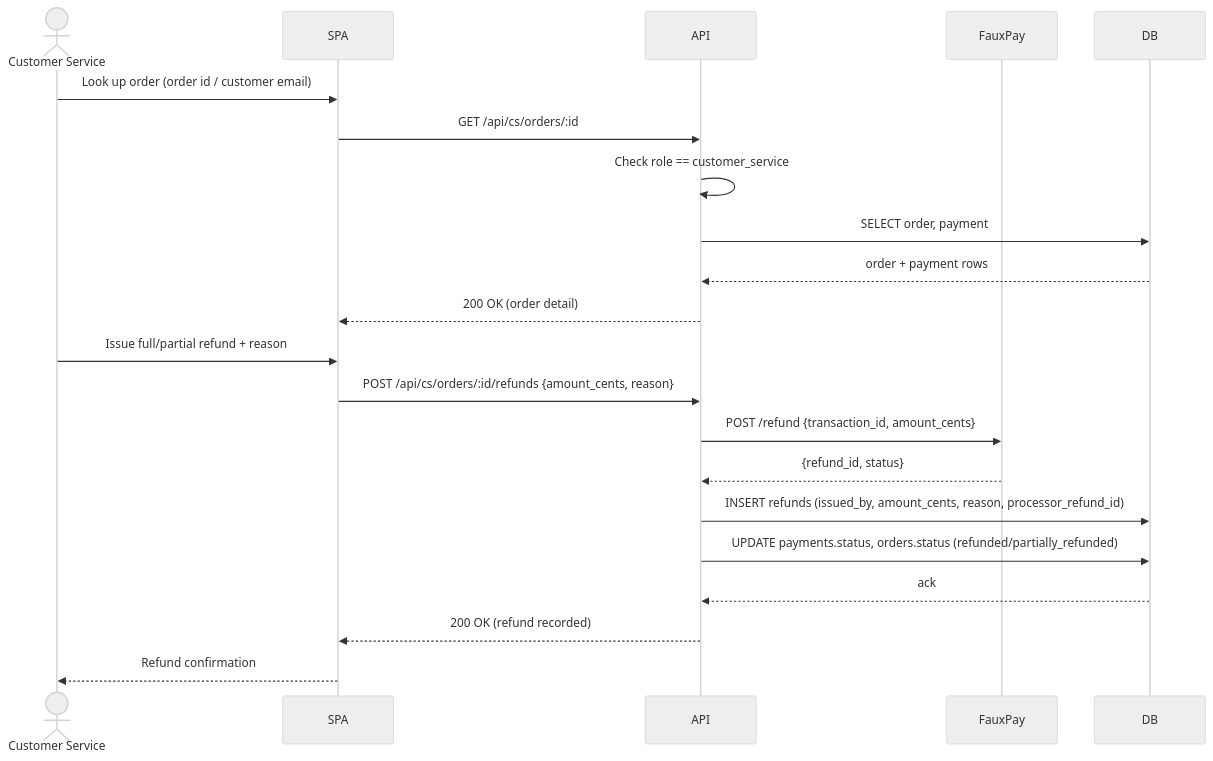
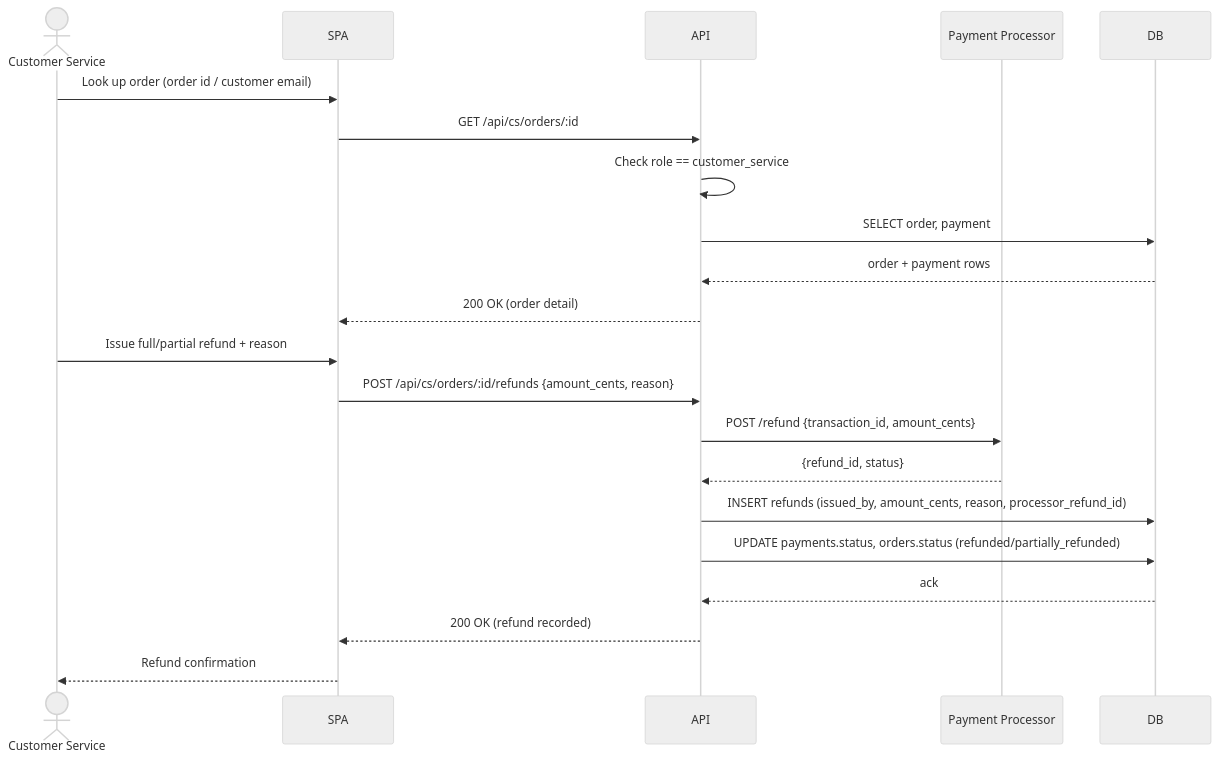
Before and after one commit to eweinmanepam/Remediation-Engineer-Sample-Application: the sixth of 7 diagrams in DESIGN.md, drawn with Mermaid (neutral theme). The commit also changed other lines of this file, not shown here.

First line of the commit message:
Describe payment processor as a real external gateway, not a fictional mock

````diff
--- a/DESIGN.md
+++ b/DESIGN.md
@@ -385,25 +384,25 @@
 ```mermaid
 sequenceDiagram
     actor CS as Customer Service
     participant SPA
     participant API
-    participant FauxPay
+    participant Processor as Payment Processor
     participant DB
 
     CS->>SPA: Look up order (order id / customer email)
     SPA->>API: GET /api/cs/orders/:id
     API->>API: Check role == customer_service
     API->>DB: SELECT order, payment
     DB-->>API: order + payment rows
     API-->>SPA: 200 OK (order detail)
 
     CS->>SPA: Issue full/partial refund + reason
     SPA->>API: POST /api/cs/orders/:id/refunds {amount_cents, reason}
-    API->>FauxPay: POST /refund {transaction_id, amount_cents}
-    FauxPay-->>API: {refund_id, status}
+    API->>Processor: POST /refund {transaction_id, amount_cents}
+    Processor-->>API: {refund_id, status}
     API->>DB: INSERT refunds (issued_by, amount_cents, reason, processor_refund_id)
     API->>DB: UPDATE payments.status, orders.status (refunded/partially_refunded)
     DB-->>API: ack
     API-->>SPA: 200 OK (refund recorded)
     SPA-->>CS: Refund confirmation
 ```
````
